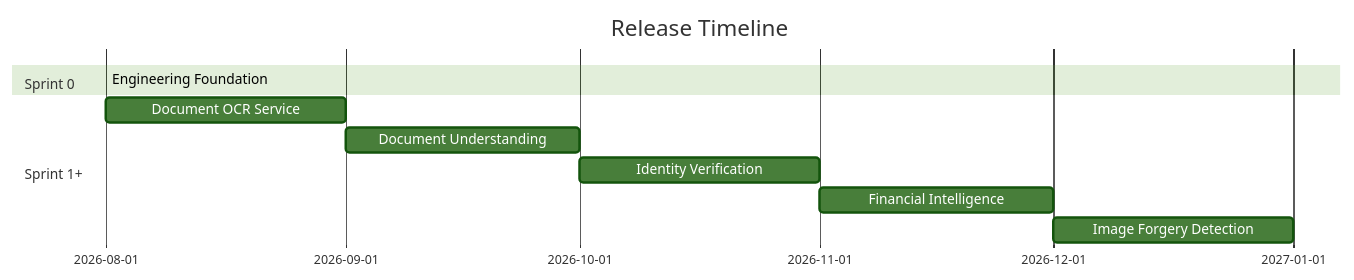
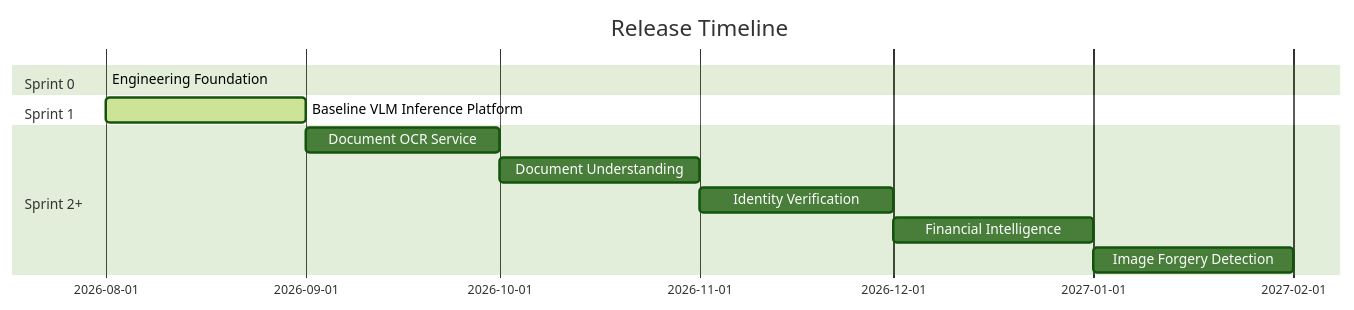
Before and after one commit to VeriDocAI/veridoc-ai: the diagram in docs/product/roadmap.md, drawn with Mermaid (forest theme). The commit also changed other lines of this file and 3 other files, not shown here.

````diff
--- a/docs/product/roadmap.md
+++ b/docs/product/roadmap.md
@@ -9,13 +9,15 @@
 ```mermaid
 gantt
     title Release Timeline
     dateFormat  YYYY-MM
     section Sprint 0
-    Engineering Foundation :active, 2026-08, 2026-08
-    section Sprint 1+
-    Document OCR Service   :2026-08, 2026-09
-    Document Understanding :2026-09, 2026-10
-    Identity Verification  :2026-10, 2026-11
-    Financial Intelligence :2026-11, 2026-12
-    Image Forgery Detection :2026-12, 2027-01
+    Engineering Foundation :done, 2026-08, 2026-08
+    section Sprint 1
+    Baseline VLM Inference Platform :active, 2026-08, 2026-09
+    section Sprint 2+
+    Document OCR Service   :2026-09, 2026-10
+    Document Understanding :2026-10, 2026-11
+    Identity Verification  :2026-11, 2026-12
+    Financial Intelligence :2026-12, 2027-01
+    Image Forgery Detection :2027-01, 2027-02
 ```
````
